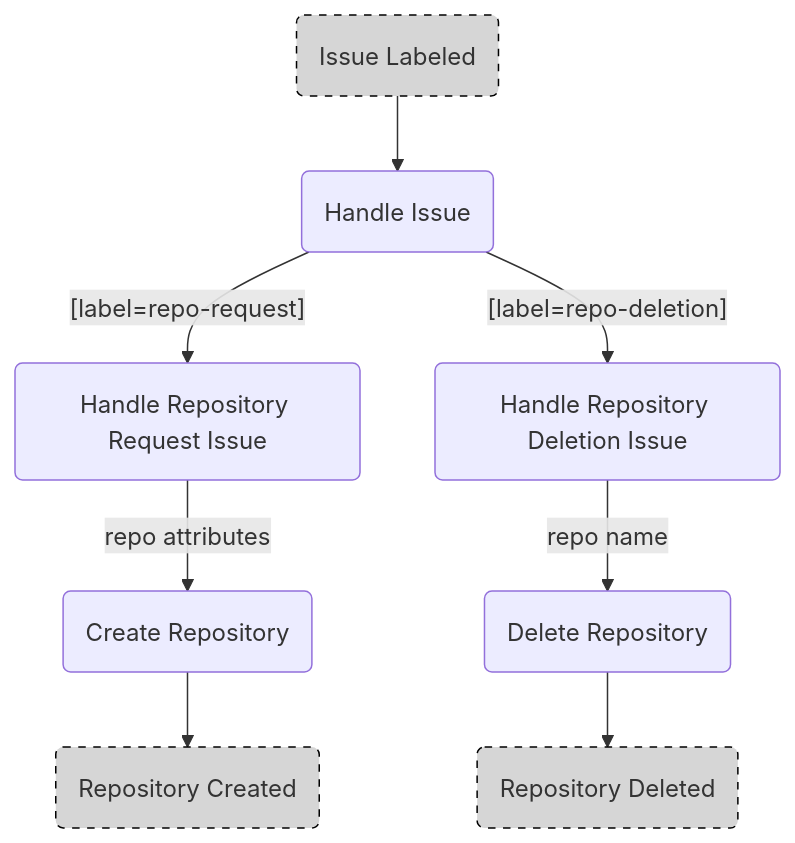
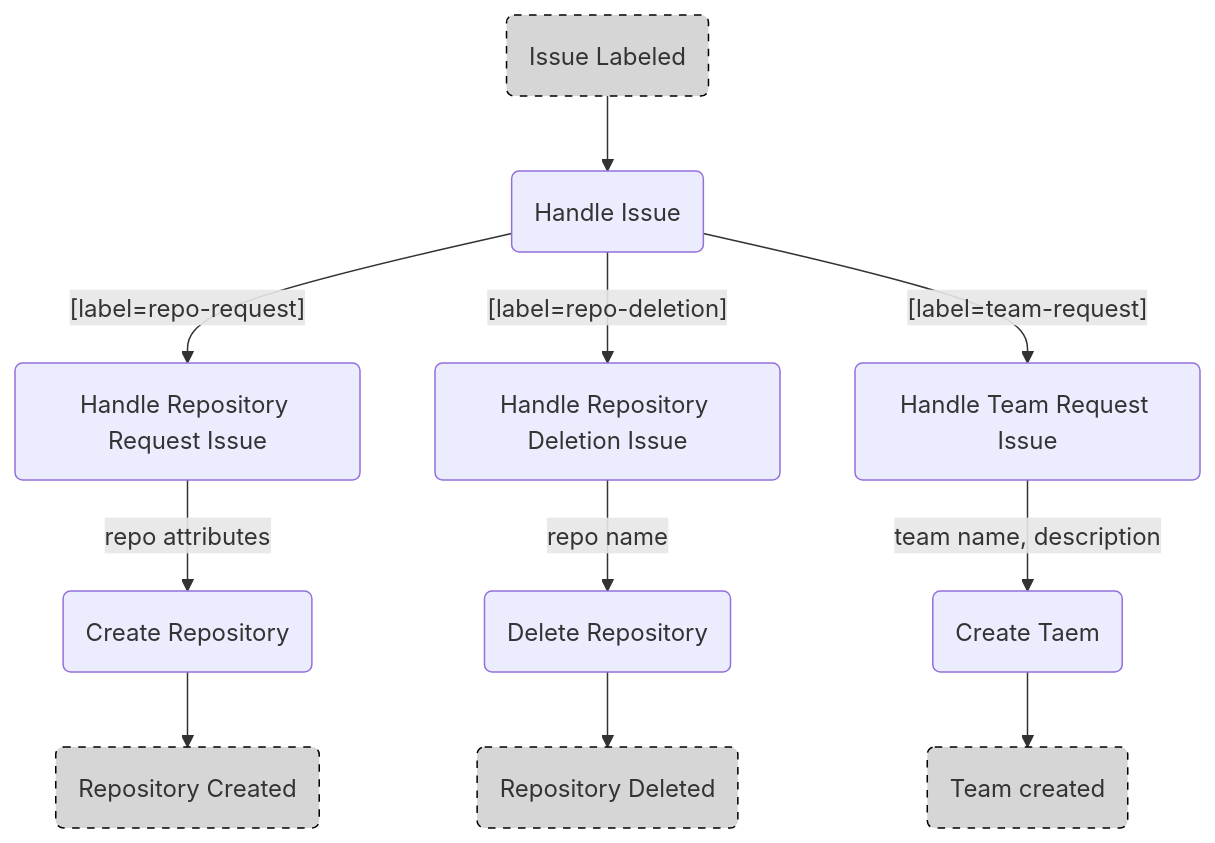
The diagram in README.md (xpirit-training/demo-features-issueops), drawn with Mermaid before and after one commit. The commit also changed other lines of this file, not shown here.

Commit message:
doc(#82): added team request docs to README.md

````diff
--- a/README.md
+++ b/README.md
@@ -124,13 +131,17 @@
 ```mermaid
 flowchart TD    
     A(Issue Labeled) --> B(Handle Issue)
     style A fill:#d6d6d6,stroke:#000000,stroke-dasharray: 5 5
     B -->|"[label=repo-request]"| C(Handle Repository Request Issue)
     B -->|"[label=repo-deletion]"| D(Handle Repository Deletion Issue)
-    C -->|repo attributes| E(Create Repository)
-    D -->|repo name| F(Delete Repository)
-    E --> G(Repository Created)
-    style G fill:#d6d6d6,stroke:#000000,stroke-dasharray: 5 5
-    F --> H(Repository Deleted)
-    style H fill:#d6d6d6,stroke:#000000,stroke-dasharray: 5 5
+    B -->|"[label=team-request]"| E(Handle Team Request Issue)
+    C -->|repo attributes| F(Create Repository)
+    D -->|repo name| G(Delete Repository)
+    E -->|team name, description| H(Create Taem)
+    F --> I(Repository Created)
+    style I fill:#d6d6d6,stroke:#000000,stroke-dasharray: 5 5
+    G --> J(Repository Deleted)
+    style J fill:#d6d6d6,stroke:#000000,stroke-dasharray: 5 5
+    H --> K(Team created)
+    style K fill:#d6d6d6,stroke:#000000,stroke-dasharray: 5 5
 ```
````
